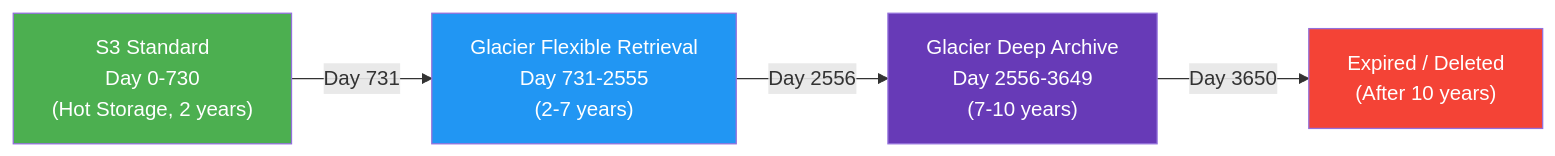
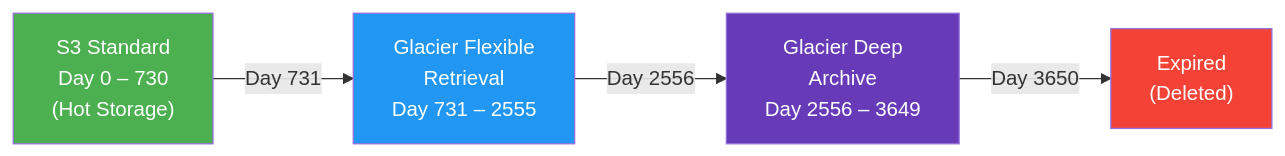
Before and after one commit to kumarmedasani/invoice-document-storage: the fifth of 10 diagrams in docs/ARCHITECTURE.md, drawn with Mermaid. The commit also changed other lines of this file and 8 other files, not shown here.

````diff
--- a/docs/ARCHITECTURE.md
+++ b/docs/ARCHITECTURE.md
@@ -87,11 +192,11 @@
 ```mermaid
 graph LR
-    A["S3 Standard<br/>Day 0-730<br/>(Hot Storage, 2 years)"] -->|Day 731| B["Glacier Flexible Retrieval<br/>Day 731-2555<br/>(2-7 years)"]
-    B -->|Day 2556| C["Glacier Deep Archive<br/>Day 2556-3649<br/>(7-10 years)"]
-    C -->|Day 3650| D["Expired / Deleted<br/>(After 10 years)"]
+    A["S3 Standard<br/>Day 0 – 730<br/>(Hot Storage)"] -->|Day 731| B["Glacier Flexible<br/>Retrieval<br/>Day 731 – 2555"]
+    B -->|Day 2556| C["Glacier Deep<br/>Archive<br/>Day 2556 – 3649"]
+    C -->|Day 3650| D["Expired<br/>(Deleted)"]
 
     style A fill:#4caf50,color:#fff
     style B fill:#2196f3,color:#fff
     style C fill:#673ab7,color:#fff
     style D fill:#f44336,color:#fff
 ```
````
